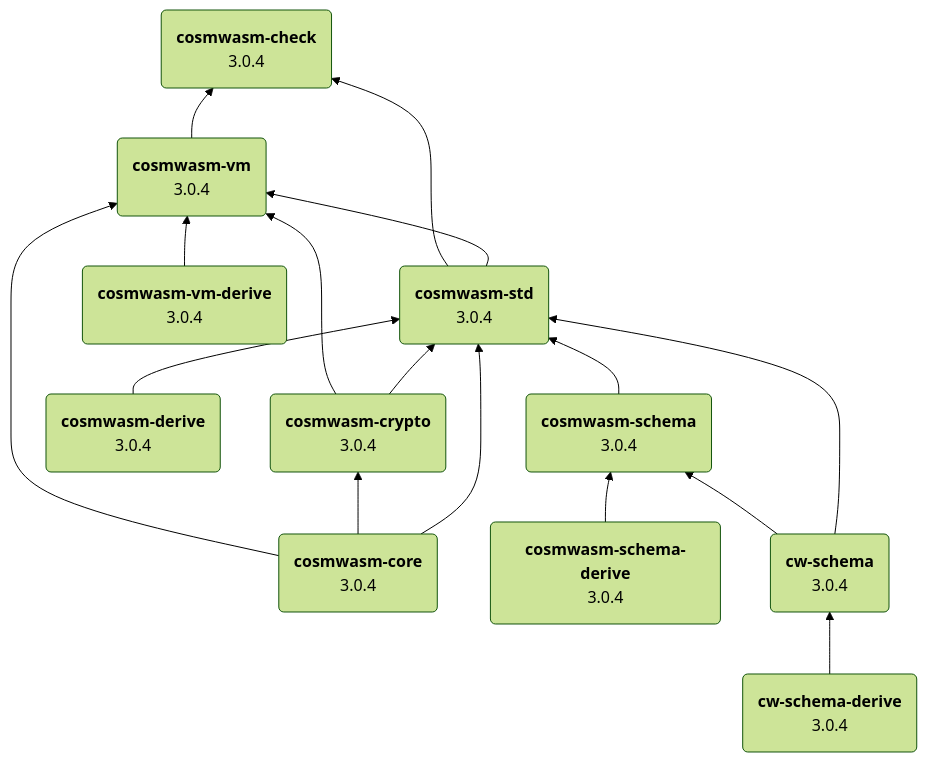
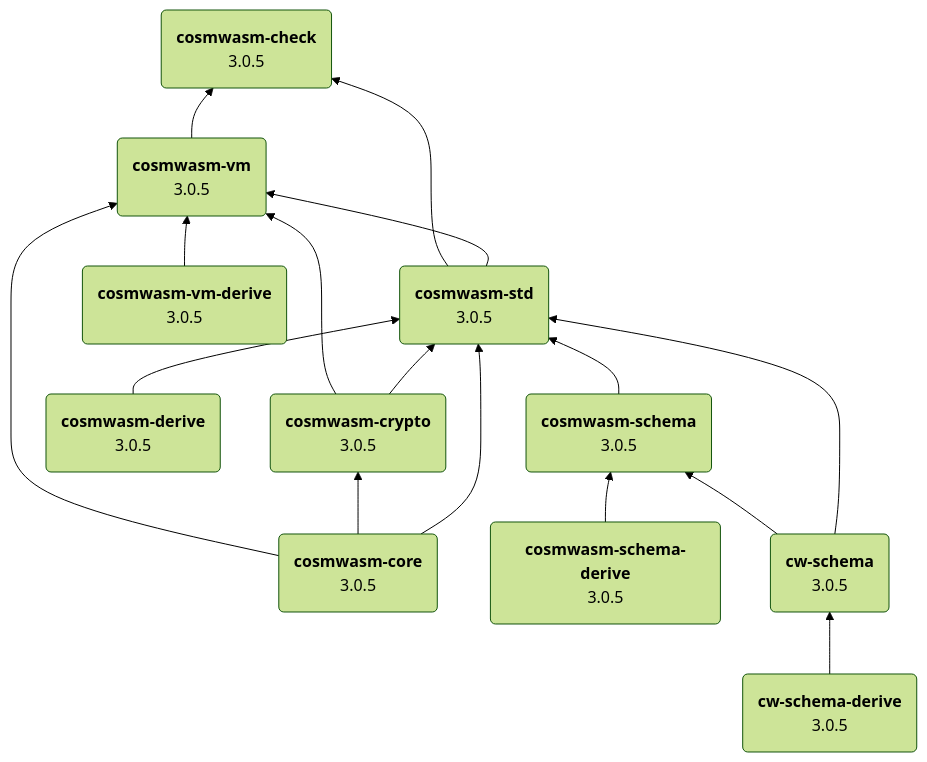
One commit to CosmWasm/cosmwasm changed the diagram in README.md. Above: the diagram before and after it, drawn with Mermaid. The commit also changed 9 other files, not shown here.

````diff
--- a/README.md
+++ b/README.md
@@ -115,56 +115,56 @@
 ```mermaid
 ---
 config:
   theme: 'forest'
 ---
 
 graph BT
     A("`**cosmwasm-core**
-        3.0.4`")
+        3.0.5`")
  
     B("`**cosmwasm-std**
-        3.0.4`")
+        3.0.5`")
  
     C("`**cosmwasm-crypto**
-        3.0.4`")
+        3.0.5`")
         
     D("`**cosmwasm-vm**
-        3.0.4`")
+        3.0.5`")
         
     E("`**cosmwasm-vm-derive**
-        3.0.4`")
+        3.0.5`")
         
     F("`**cosmwasm-derive**
-        3.0.4`")    
+        3.0.5`")    
         
     G("`**cosmwasm-schema**
-        3.0.4`")
+        3.0.5`")
 
     H("`**cosmwasm-schema-derive**
-        3.0.4`")
+        3.0.5`")
         
     I("`**cosmwasm-check**
-        3.0.4`")
+        3.0.5`")
         
     J("`**cw-schema**
-        3.0.4`")
+        3.0.5`")
 
     K("`**cw-schema-derive**
-        3.0.4`")
+        3.0.5`")
         
     A --> B
     A --> C
     A --> D
     C --> B
     C --> D
     B --> D
     E --> D
     F --> B
     H --> G
     B --> I
     D --> I
     G --> B
     J --> B
     J --> G
     K --> J
 ```
````
